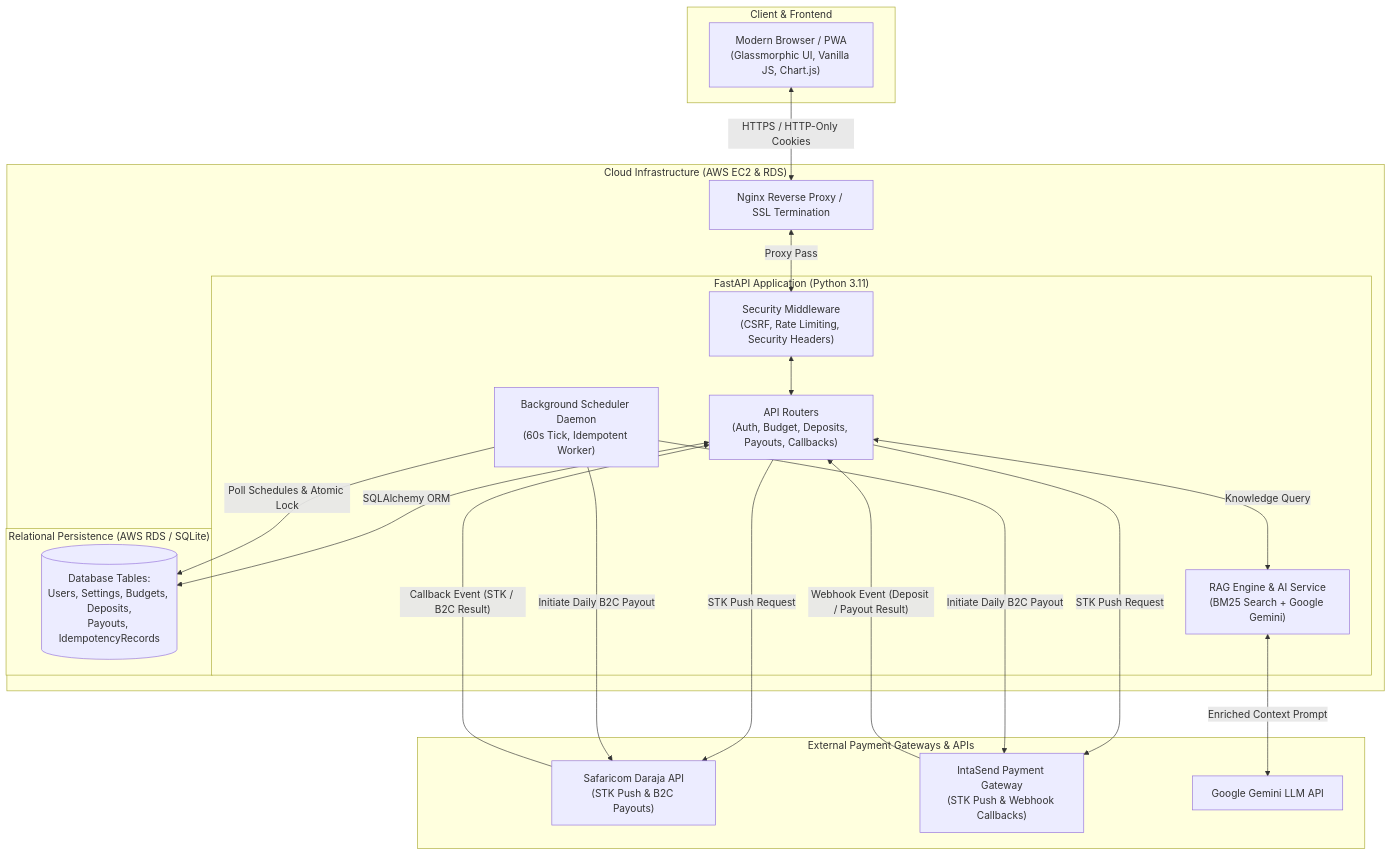
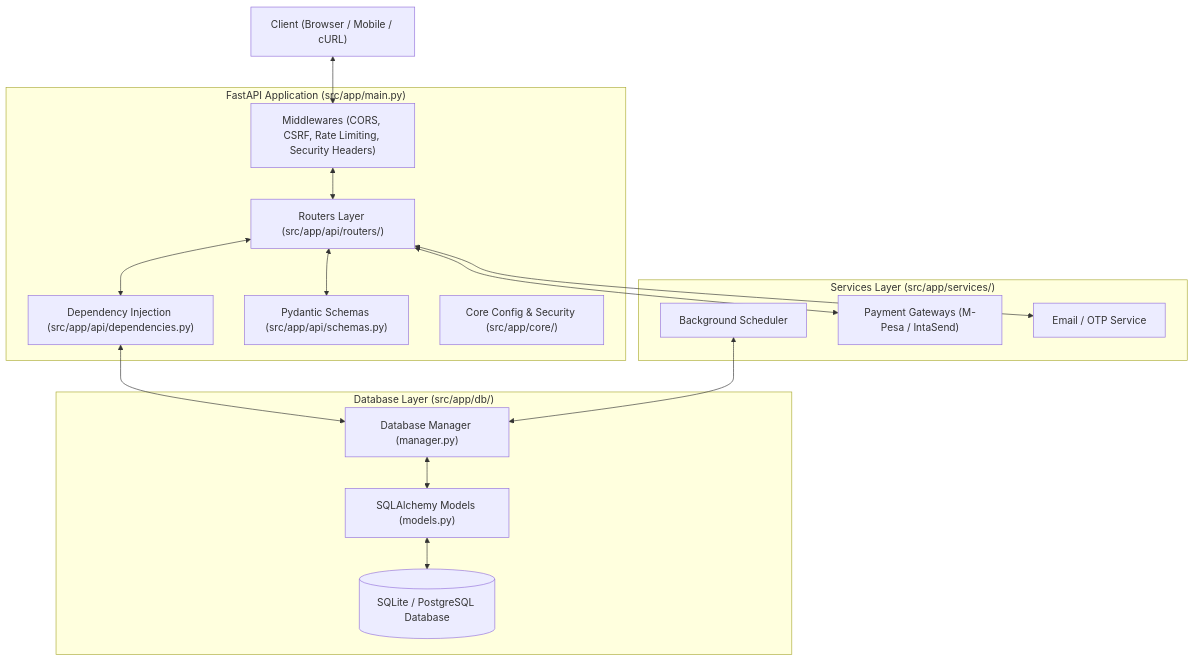
One commit to kiptuidenis/Bursar-2.0 changed the diagram in README.md. Above: the diagram before and after it, drawn with Mermaid.

Commit message:
fix(doc): restructure architecture diagram

````diff
--- a/README.md
+++ b/README.md
@@ -55,44 +56,35 @@
 ```mermaid
-flowchart TB
-    subgraph ClientLayer ["Client & Frontend"]
-        Browser["Modern Browser / PWA<br/>(Glassmorphic UI, Vanilla JS, Chart.js)"]
+graph TD
+    Client["Client (Browser / Mobile / cURL)"]
+    
+    subgraph FastAPI Application ["FastAPI Application (src/app/main.py)"]
+        Middleware["Middlewares (CORS, CSRF, Rate Limiting, Security Headers)"]
+        Router["Routers Layer (src/app/api/routers/)"]
+        DI["Dependency Injection (src/app/api/dependencies.py)"]
+        Schemas["Pydantic Schemas (src/app/api/schemas.py)"]
+        Core["Core Config & Security (src/app/core/)"]
     end
 
-    subgraph CloudInfra ["Cloud Infrastructure (AWS EC2 & RDS)"]
-        Nginx["Nginx Reverse Proxy / SSL Termination"]
-        
-        subgraph AppServer ["FastAPI Application (Python 3.11)"]
-            Router["API Routers<br/>(Auth, Budget, Deposits, Payouts, Callbacks)"]
-            SecMid["Security Middleware<br/>(CSRF, Rate Limiting, Security Headers)"]
-            Daemon["Background Scheduler Daemon<br/>(60s Tick, Idempotent Worker)"]
-            RAG["RAG Engine & AI Service<br/>(BM25 Search + Google Gemini)"]
-        end
-
-        subgraph Database ["Relational Persistence (AWS RDS / SQLite)"]
-            DB[("Database Tables:<br/>Users, Settings, Budgets, Deposits,<br/>Payouts, IdempotencyRecords")]
-        end
+    subgraph Business & Services Layer ["Services Layer (src/app/services/)"]
+        Scheduler["Background Scheduler"]
+        PaymentGateway["Payment Gateways (M-Pesa / IntaSend)"]
+        EmailService["Email / OTP Service"]
     end
 
-    subgraph PaymentRails ["External Payment Gateways & APIs"]
-        Daraja["Safaricom Daraja API<br/>(STK Push & B2C Payouts)"]
-        IntaSend["IntaSend Payment Gateway<br/>(STK Push & Webhook Callbacks)"]
-        GeminiAPI["Google Gemini LLM API"]
+    subgraph Data Layer ["Database Layer (src/app/db/)"]
+        DBManager["Database Manager (manager.py)"]
+        ORM["SQLAlchemy Models (models.py)"]
+        Database[("SQLite / PostgreSQL Database")]
     end
 
-    Browser <-->|"HTTPS / HTTP-Only Cookies"| Nginx
-    Nginx <-->|"Proxy Pass"| SecMid
-    SecMid <--> Router
-    Router <-->|"SQLAlchemy ORM"| DB
-    Daemon -->|"Poll Schedules & Atomic Lock"| DB
-    
-    Router -->|"STK Push Request"| IntaSend
-    Router -->|"STK Push Request"| Daraja
-    Daemon -->|"Initiate Daily B2C Payout"| IntaSend
-    Daemon -->|"Initiate Daily B2C Payout"| Daraja
-    
-    IntaSend -->|"Webhook Event (Deposit / Payout Result)"| Router
-    Daraja -->|"Callback Event (STK / B2C Result)"| Router
-    
-    Router <-->|"Knowledge Query"| RAG
-    RAG <-->|"Enriched Context Prompt"| GeminiAPI
+    Client <--> Middleware
+    Middleware <--> Router
+    Router <--> Schemas
+    Router <--> DI
+    DI <--> DBManager
+    Router <--> PaymentGateway
+    Router <--> EmailService
+    Scheduler <--> DBManager
+    DBManager <--> ORM
+    ORM <--> Database
 ```
````
